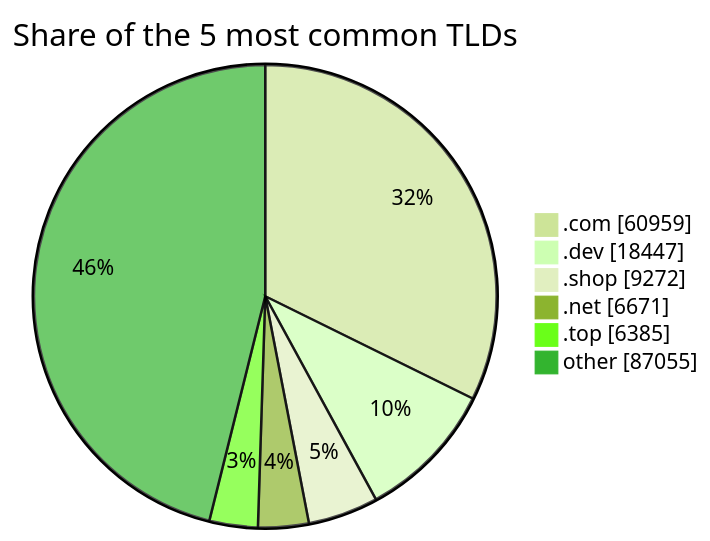
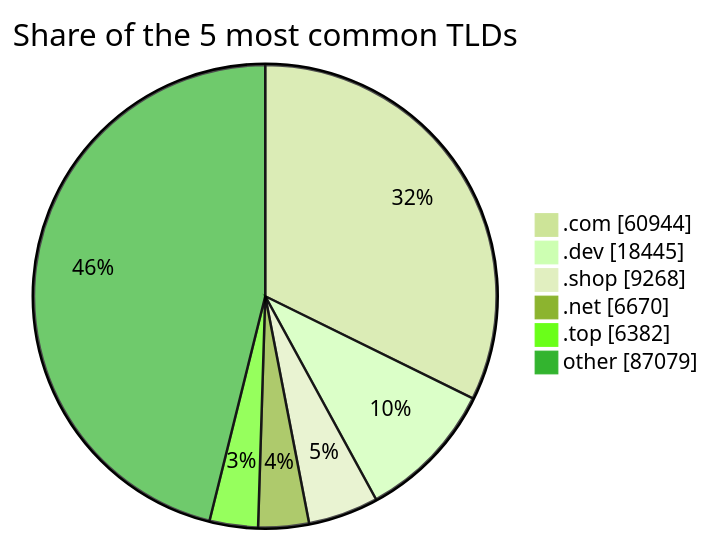
Before and after one commit to DNSBunker/CTI: the third of 3 diagrams in README.md, drawn with Mermaid (forest theme). The commit also changed other lines of this file and 3 other files, not shown here.

````diff
--- a/README.md
+++ b/README.md
@@ -81,9 +81,9 @@
 ```mermaid
 pie showData title Share of the 5 most common TLDs
-    ".com" : 60959
-    ".dev" : 18447
-    ".shop" : 9272
-    ".net" : 6671
-    ".top" : 6385
-    "other" : 87055
+    ".com" : 60944
+    ".dev" : 18445
+    ".shop" : 9268
+    ".net" : 6670
+    ".top" : 6382
+    "other" : 87079
 ```
````
